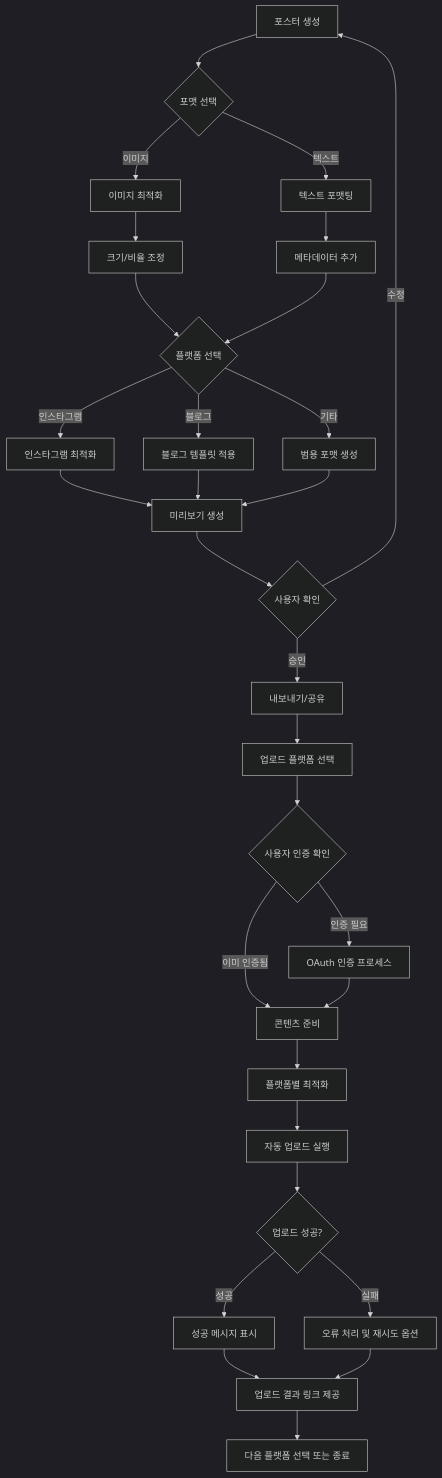
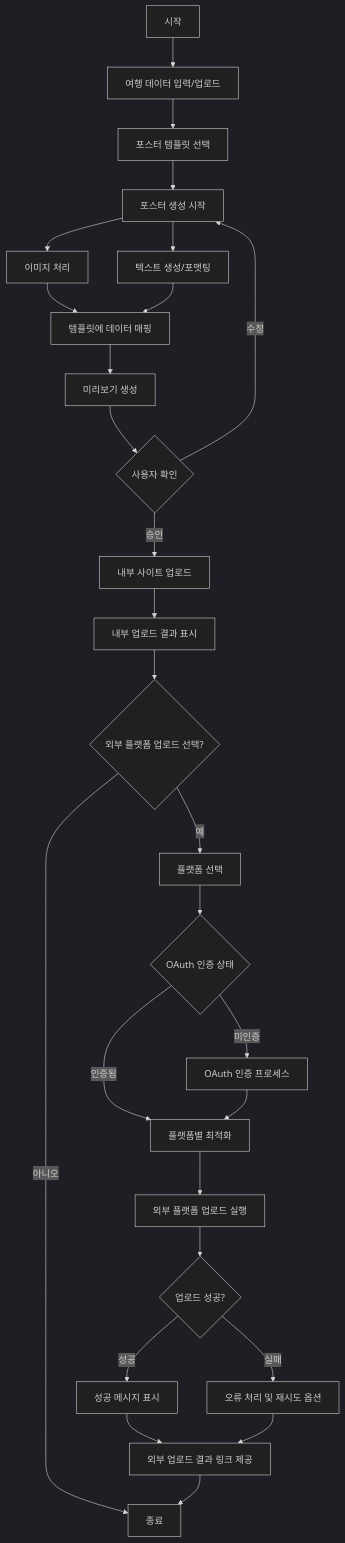
The diagram in README.md (duckgeunpark/Trip), drawn with Mermaid (dark theme) before and after one commit.

Commit message:
다이어그램 수정 2

````diff
--- a/README.md
+++ b/README.md
@@ -43,28 +43,27 @@
 ```mermaid
 graph TD
-    A[포스터 생성] --> B{포맷 선택}
-    B --> |이미지| C[이미지 최적화]
-    B --> |텍스트| D[텍스트 포맷팅]
-    C --> E[크기/비율 조정]
-    D --> F[메타데이터 추가]
-    E & F --> G{플랫폼 선택}
-    G --> |인스타그램| H[인스타그램 최적화]
-    G --> |블로그| I[블로그 템플릿 적용]
-    G --> |기타| J[범용 포맷 생성]
-    H & I & J --> K[미리보기 생성]
-    K --> L{사용자 확인}
-    L --> |승인| M[내보내기/공유]
-    L --> |수정| A
-    M --> N[업로드 플랫폼 선택]
-    N --> O{사용자 인증 확인}
-    O -->|인증 필요| P[OAuth 인증 프로세스]
-    O -->|이미 인증됨| Q[콘텐츠 준비]
+    A[시작] --> B[여행 데이터 입력/업로드]
+    B --> C[포스터 템플릿 선택]
+    C --> D[포스터 생성 시작]
+    D --> E[이미지 처리]
+    D --> F[텍스트 생성/포맷팅]
+    E & F --> G[템플릿에 데이터 매핑]
+    G --> H[미리보기 생성]
+    H --> I{사용자 확인}
+    I -->|수정| D
+    I -->|승인| J[내부 사이트 업로드]
+    J --> K[내부 업로드 결과 표시]
+    K --> L{외부 플랫폼 업로드 선택?}
+    L -->|아니오| M[종료]
+    L -->|예| N[플랫폼 선택]
+    N --> O{OAuth 인증 상태}
+    O -->|미인증| P[OAuth 인증 프로세스]
+    O -->|인증됨| Q[플랫폼별 최적화]
     P --> Q
-    Q --> R[플랫폼별 최적화]
-    R --> S[자동 업로드 실행]
-    S --> T{업로드 성공?}
-    T -->|성공| U[성공 메시지 표시]
-    T -->|실패| V[오류 처리 및 재시도 옵션]
-    U & V --> W[업로드 결과 링크 제공]
-    W --> X[다음 플랫폼 선택 또는 종료]
+    Q --> R[외부 플랫폼 업로드 실행]
+    R --> S{업로드 성공?}
+    S -->|성공| T[성공 메시지 표시]
+    S -->|실패| U[오류 처리 및 재시도 옵션]
+    T & U --> V[외부 업로드 결과 링크 제공]
+    V --> M
 ```
````
